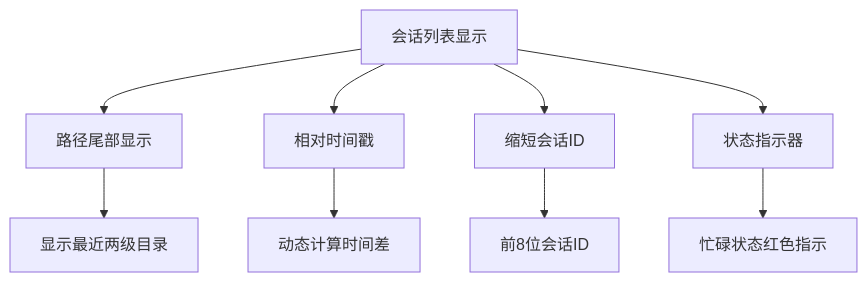
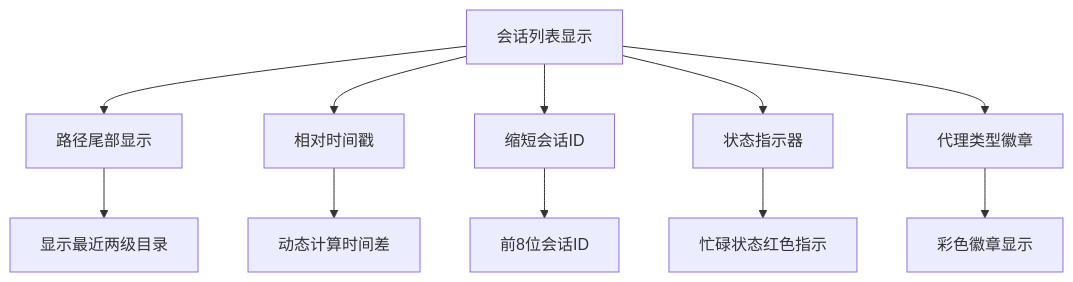
One commit to WyRainBow/PromptCocoPilot changed diagram 22 of 27 in .qoder/repowiki/zh/content/核心架构/会话管理系统.md. Above: the diagram before and after it, drawn with Mermaid. The commit also changed other lines of this file and 54 other files, not shown here.

````diff
--- a/.qoder/repowiki/zh/content/核心架构/会话管理系统.md
+++ b/.qoder/repowiki/zh/content/核心架构/会话管理系统.md
@@ -793,11 +1016,13 @@
 ```mermaid
 flowchart TD
 A[会话列表显示] --> B[路径尾部显示]
 A --> C[相对时间戳]
 A --> D[缩短会话ID]
 A --> E[状态指示器]
-B --> F[显示最近两级目录]
-C --> G[动态计算时间差]
-D --> H[前8位会话ID]
-E --> I[忙碌状态红色指示]
+A --> F[代理类型徽章]
+B --> G[显示最近两级目录]
+C --> H[动态计算时间差]
+D --> I[前8位会话ID]
+E --> J[忙碌状态红色指示]
+F --> K[彩色徽章显示]
 ```
````
